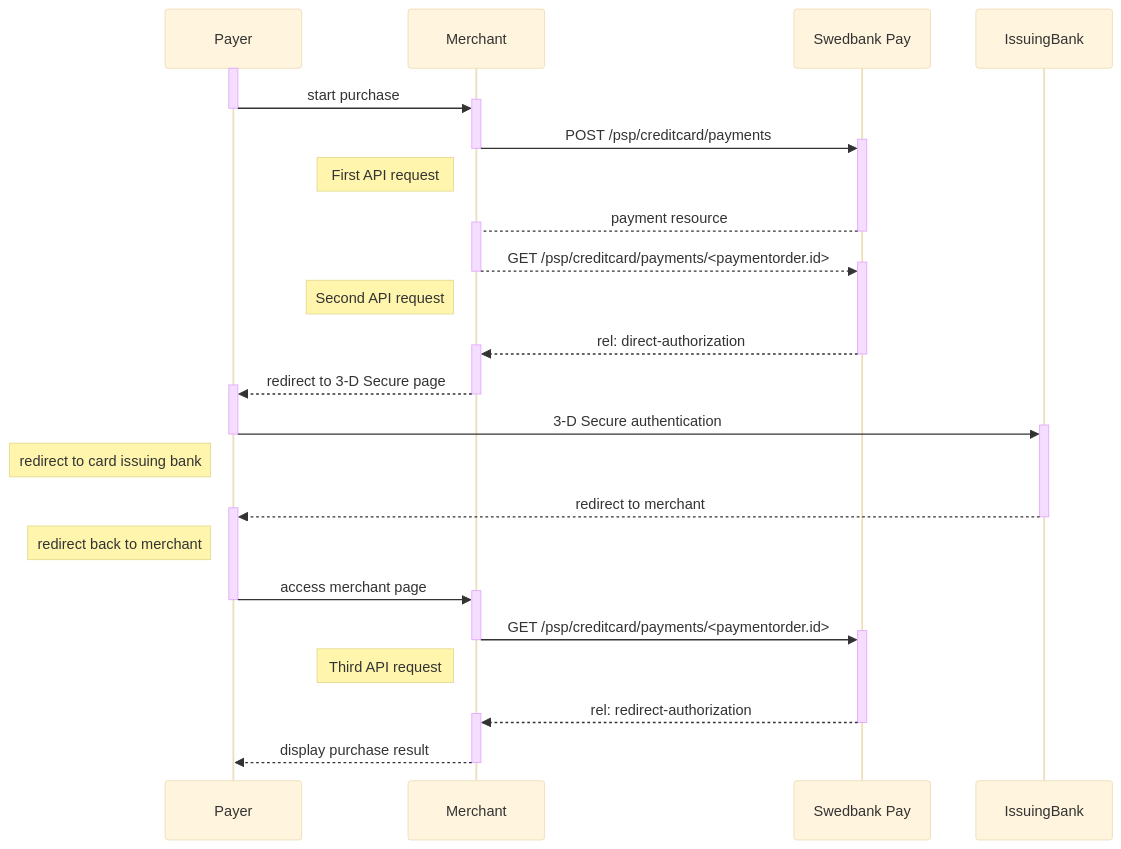
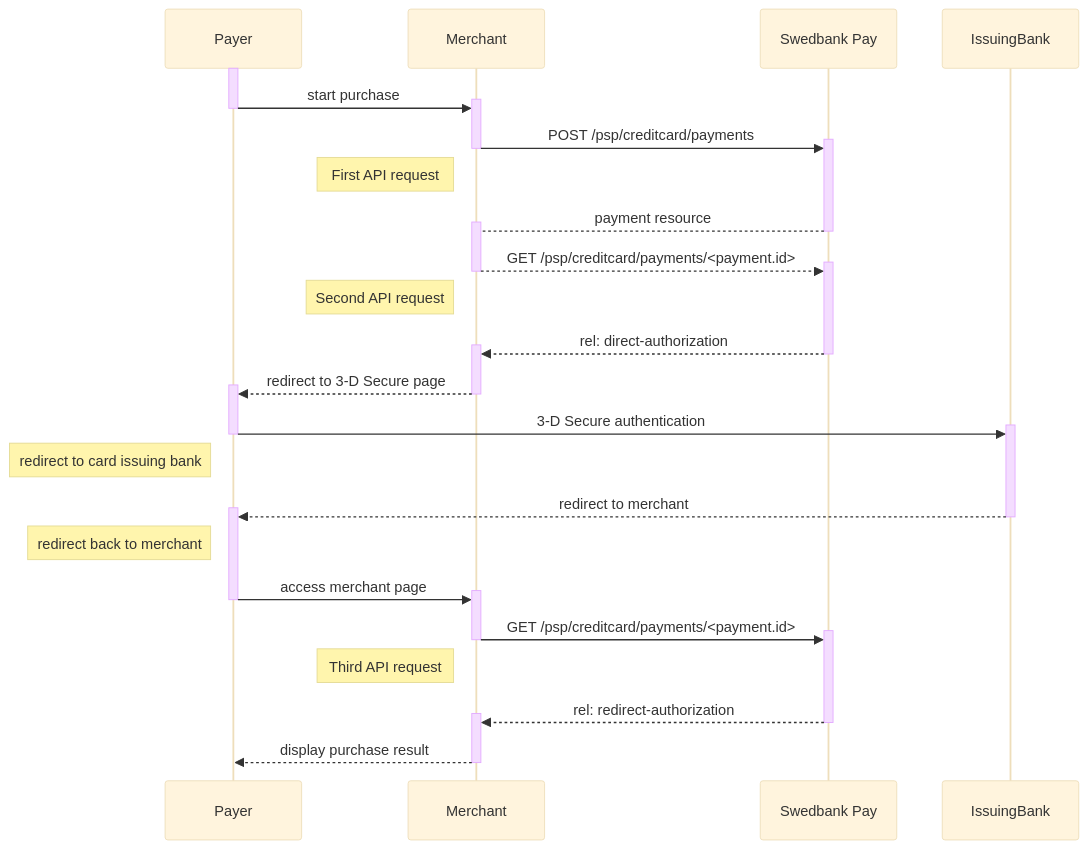
One commit to SwedbankPay/developer.swedbankpay.com changed the second of 2 diagrams in payments/credit-card/direct.md. Above: the diagram before and after it, drawn with Mermaid (base theme). The commit also changed other lines of this file, not shown here.

````diff
--- a/payments/credit-card/direct.md
+++ b/payments/credit-card/direct.md
@@ -128,38 +130,38 @@
 ```mermaid
 sequenceDiagram
     participant Payer
     participant Merchant
     participant SwedbankPay as Swedbank Pay
     participant IssuingBank
 
   activate Payer
   Payer->>+Merchant: start purchase
   deactivate Payer
   Merchant->>+SwedbankPay: POST /psp/creditcard/payments
   deactivate Merchant
   note left of Merchant: First API request
   SwedbankPay-->+Merchant: payment resource
   deactivate SwedbankPay
-  Merchant-->>+SwedbankPay: GET /psp/creditcard/payments/<paymentorder.id>
+  Merchant-->>+SwedbankPay: GET /psp/creditcard/payments/<payment.id>
   deactivate Merchant
   note left of Merchant: Second API request
   SwedbankPay-->>+Merchant: rel: direct-authorization
   deactivate SwedbankPay
   Merchant-->>+Payer: redirect to 3-D Secure page
   deactivate Merchant
   Payer->>+IssuingBank: 3-D Secure authentication
   deactivate Payer
   note left of Payer: redirect to card issuing bank
   IssuingBank-->>+Payer: redirect to merchant
   deactivate IssuingBank
   note left of Payer: redirect back to merchant
   Payer->>+Merchant: access merchant page
   deactivate Payer
-  Merchant->>+SwedbankPay: GET /psp/creditcard/payments/<paymentorder.id>
+  Merchant->>+SwedbankPay: GET /psp/creditcard/payments/<payment.id>
   deactivate Merchant
   note left of Merchant: Third API request
   SwedbankPay-->>+Merchant: rel: redirect-authorization
   deactivate SwedbankPay
   Merchant-->>Payer: display purchase result
   deactivate Merchant
 ```
````
